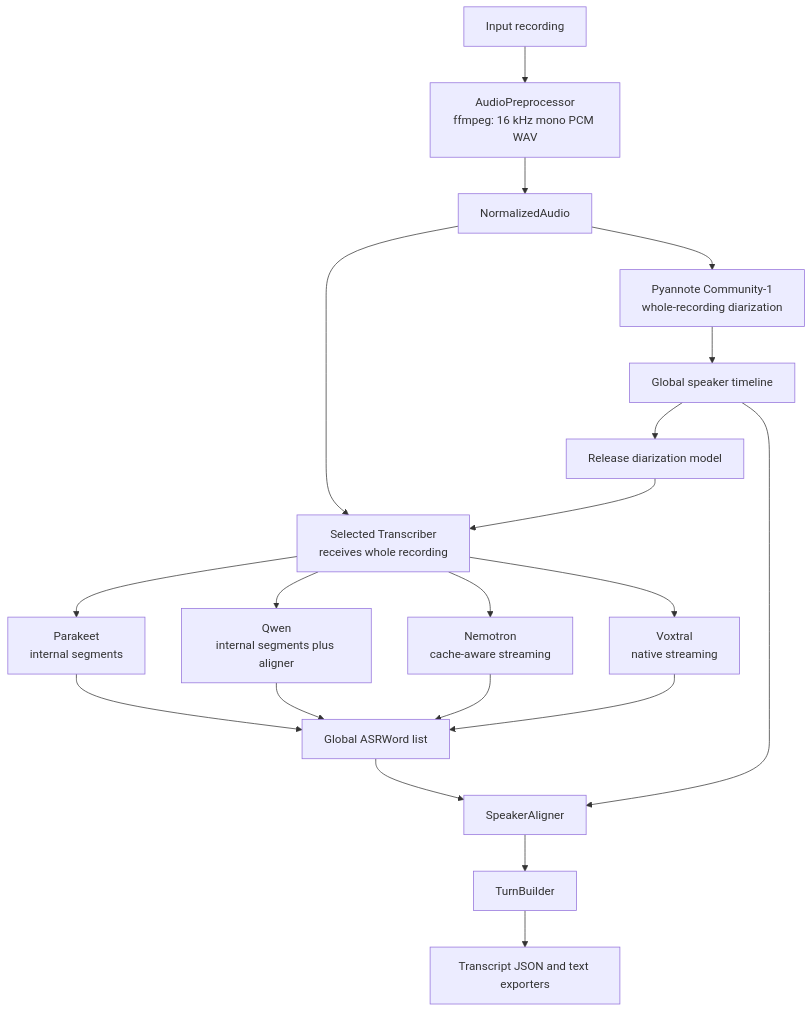
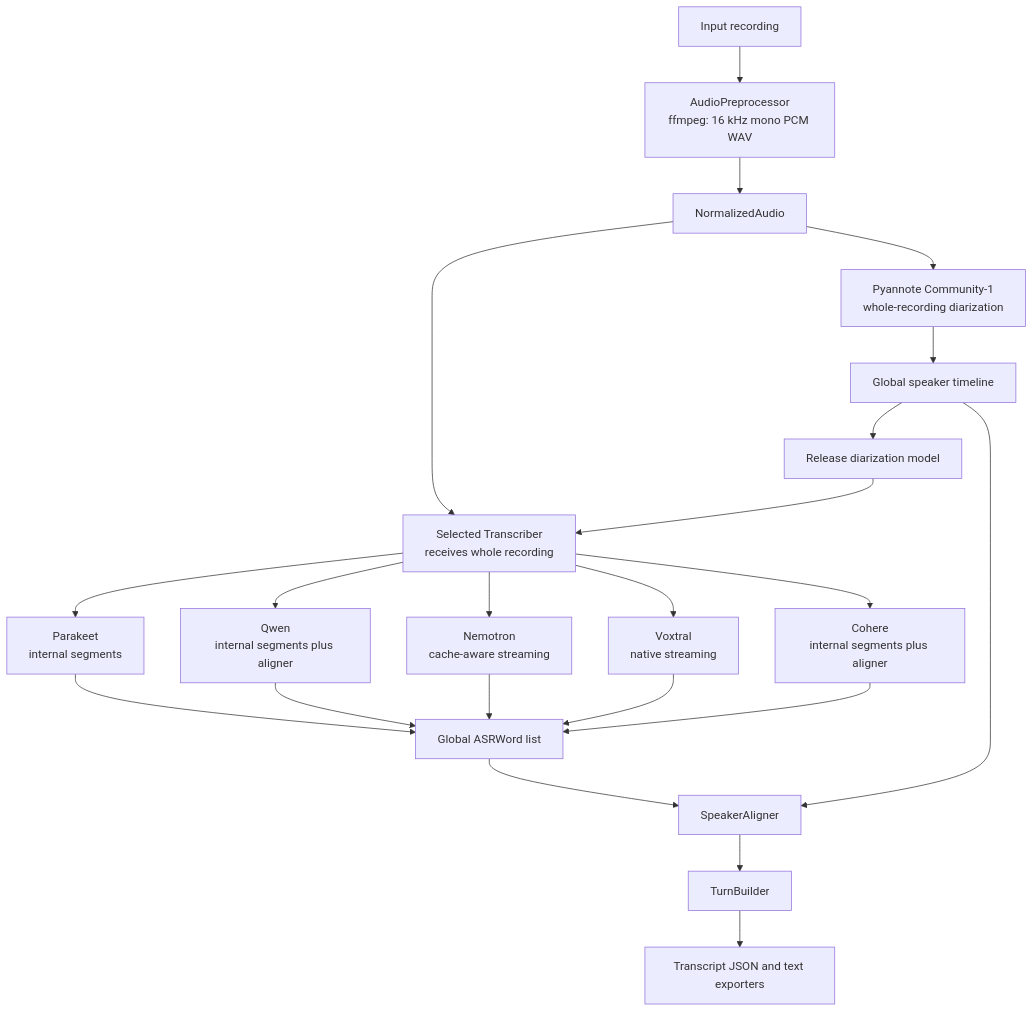
One commit to balex42/transcription-pipeline changed the diagram in README.md. Above: the diagram before and after it, drawn with Mermaid. The commit also changed other lines of this file and 18 other files, not shown here.

````diff
--- a/README.md
+++ b/README.md
@@ -7,22 +7,24 @@
 ```mermaid
 flowchart TD
     input[Input recording] --> normalize[AudioPreprocessor\nffmpeg: 16 kHz mono PCM WAV]
     normalize --> audio[NormalizedAudio]
     audio --> diarize[Pyannote Community-1\nwhole-recording diarization]
     diarize --> timeline[Global speaker timeline]
     timeline --> release[Release diarization model]
     audio --> transcriber[Selected Transcriber\nreceives whole recording]
     release --> transcriber
     transcriber --> parakeet[Parakeet\ninternal segments]
     transcriber --> qwen[Qwen\ninternal segments plus aligner]
     transcriber --> nemotron[Nemotron\ncache-aware streaming]
     transcriber --> voxtral[Voxtral\nnative streaming]
+    transcriber --> cohere[Cohere\ninternal segments plus aligner]
     parakeet --> words[Global ASRWord list]
     qwen --> words
     nemotron --> words
     voxtral --> words
+    cohere --> words
     words --> align[SpeakerAligner]
     timeline --> align
     align --> turns[TurnBuilder]
     turns --> export[Transcript JSON and text exporters]
 ```
````
